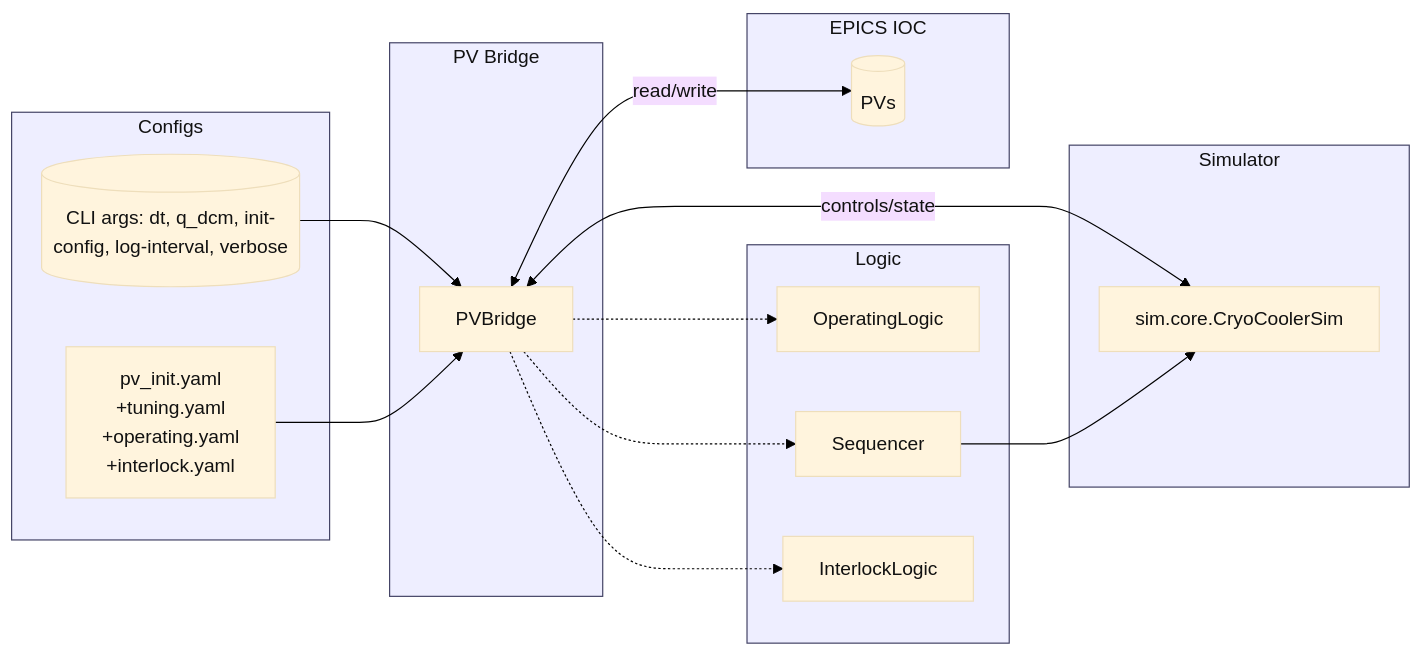
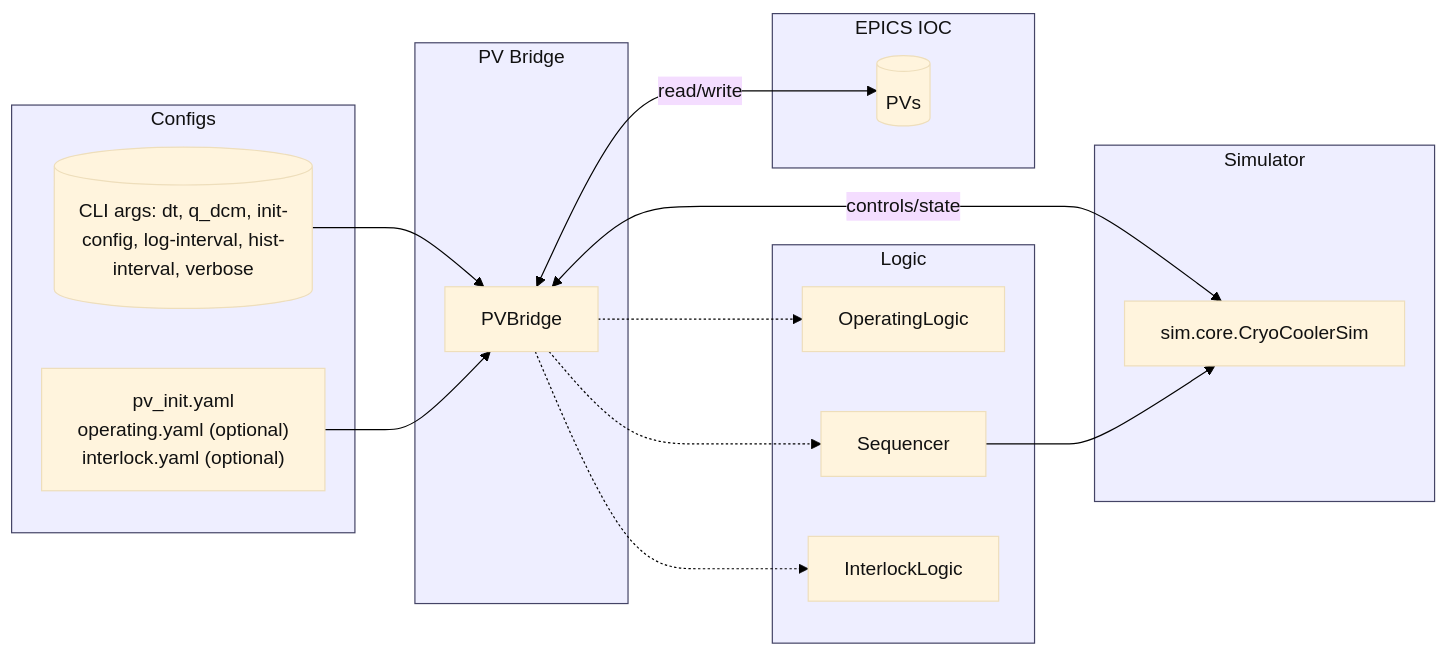
One commit to verysys-pal/DCM_CCV2 changed the diagram in docs/mermaid/pv_bridge_overview.mmd. Above: the diagram before and after it, drawn with Mermaid. The commit also changed 15 other files, not shown here.

```diff
--- a/docs/mermaid/pv_bridge_overview.mmd
+++ b/docs/mermaid/pv_bridge_overview.mmd
@@ -1,46 +1,46 @@
-%% PV Bridge (tools/pv_bridge.py) — Architecture overview
-%% Single-diagram version for renderers that require one graph per file
+%% PV Bridge (tools/pv_bridge.py) — 아키텍처 개요
+%% 단일 그래프 렌더러 호환 버전
 
 %%{init: {
   "theme":"base",
   "themeVariables":{"background":"#ffffff","primaryTextColor":"#111111"
 }}}%%
 
 flowchart LR
   subgraph Bridge[PV Bridge]
     BR[PVBridge]
   end
 
   subgraph Logic[Logic]
     OP[OperatingLogic]
     SEQ[Sequencer]
     ILK[InterlockLogic]
   end
 
   subgraph Sim[Simulator]
     SIM[sim.core.CryoCoolerSim]
   end
 
   subgraph IOC[EPICS IOC]
     PVs[(PVs)]
   end
 
   subgraph Cfg[Configs]
-    CLI[(CLI args: dt, q_dcm, init-config, log-interval, verbose)]
-    YAML[pv_init.yaml\n+tuning.yaml\n+operating.yaml\n+interlock.yaml]
+    CLI[(CLI args: dt, q_dcm, init-config, log-interval, hist-interval, verbose)]
+    YAML["pv_init.yaml<br/>operating.yaml (optional)<br/>interlock.yaml (optional)"]
   end
 
   CLI --> BR
   YAML --> BR
   BR <-->|read/write| PVs
   BR <-->|controls/state| SIM
   BR -.-> OP
   BR -.-> ILK
   BR -.-> SEQ
   SEQ --> SIM
 
   classDef group fill:#eef,stroke:#446,color:#111;
   class Bridge,Logic,Sim,IOC,Cfg group;
 
-  %% Cross link back to overall data flow
+  %% data_flow.mmd로 이동하는 하이퍼링크
   click BR "data_flow.mmd" "Open: Overall data flow"
```
